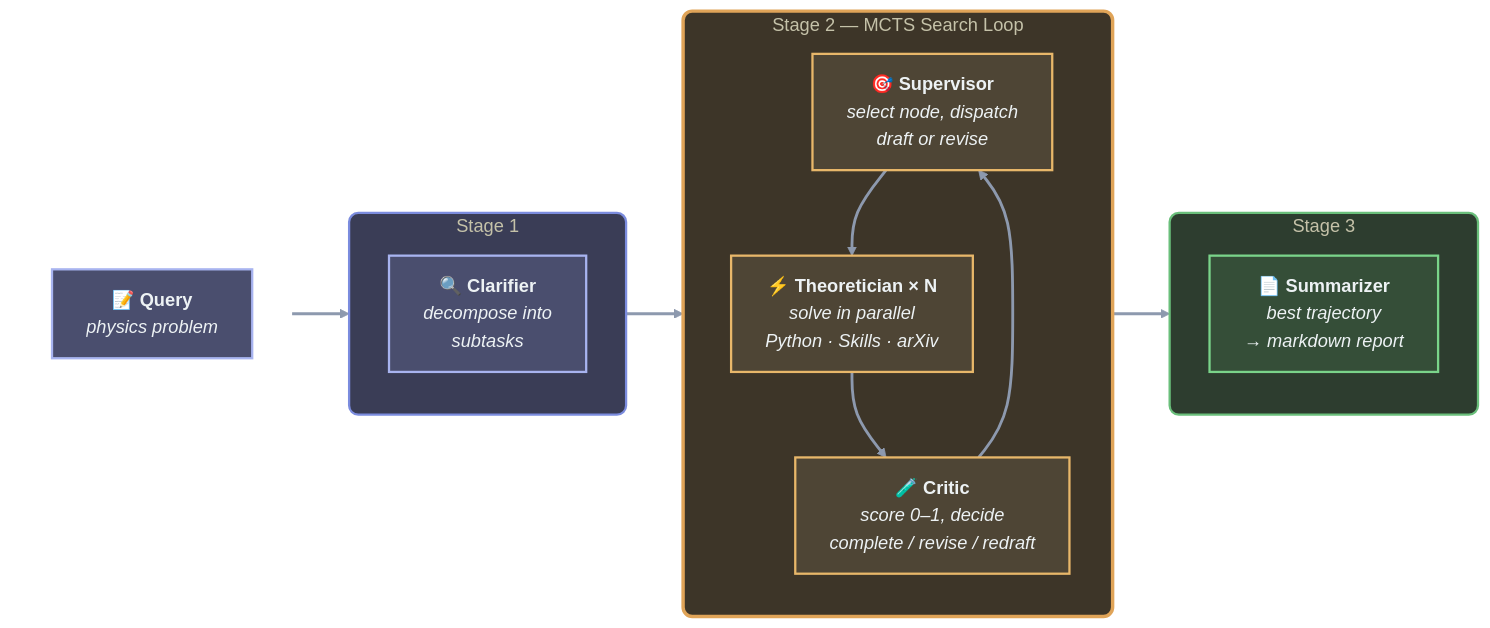
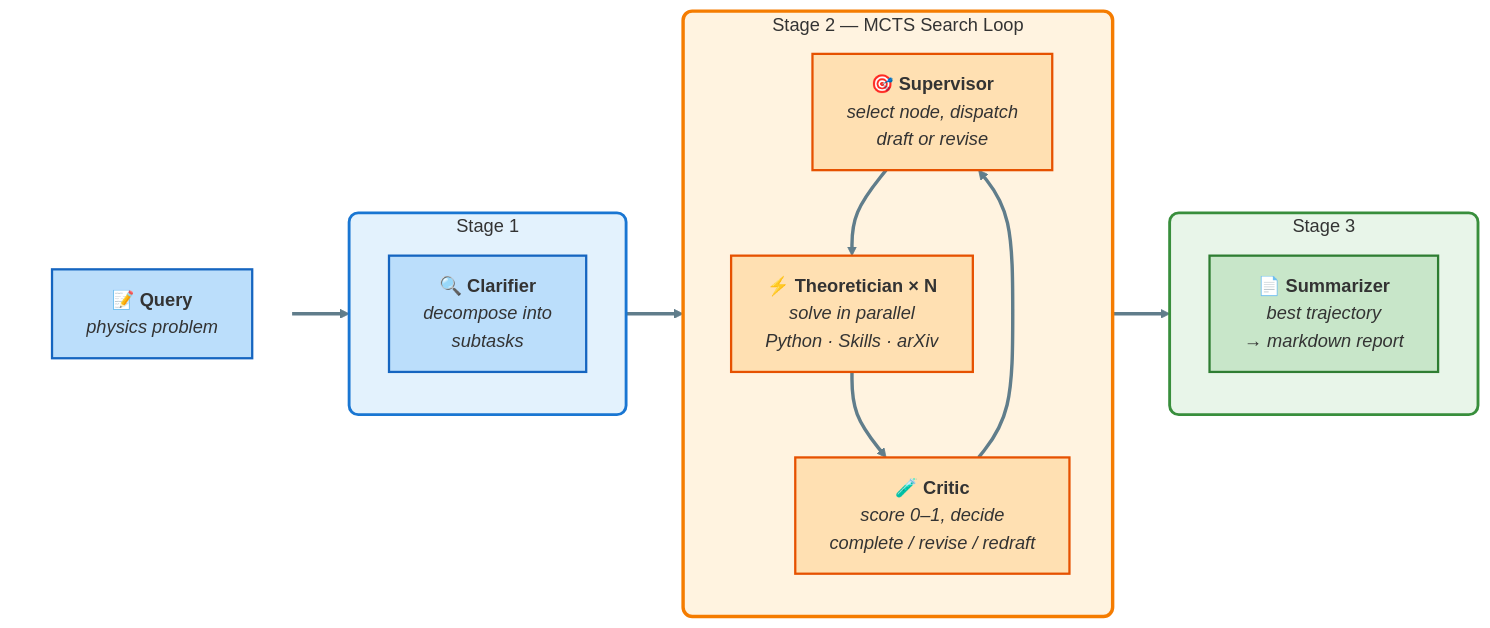
The diagram in README.md (sjtu-sai-agents/PhysMaster), drawn with Mermaid before and after one commit.

Commit message:
init commit

````diff
--- a/README.md
+++ b/README.md
@@ -28,42 +28,41 @@
 ```mermaid
-%%{init: {'theme': 'base', 'themeVariables': {'primaryColor': '#2b2d42', 'primaryTextColor': '#edf2f4', 'primaryBorderColor': '#8d99ae', 'lineColor': '#8d99ae', 'secondaryColor': '#3a3d56', 'tertiaryColor': '#3a3d56', 'background': '#2b2d42'}}}%%
 flowchart LR
     subgraph INPUT [" "]
         direction TB
         Q["📝 <b>Query</b><br/><i>physics problem</i>"]
     end
 
     subgraph STAGE1 ["Stage 1"]
         direction TB
         CL["🔍 <b>Clarifier</b><br/><i>decompose into<br/>subtasks</i>"]
     end
 
     subgraph MCTS ["Stage 2 — MCTS Search Loop"]
         direction TB
         SUP["🎯 <b>Supervisor</b><br/><i>select node, dispatch<br/>draft or revise</i>"]
         THEO["⚡ <b>Theoretician × N</b><br/><i>solve in parallel<br/>Python · Skills · arXiv</i>"]
         CRIT["🧪 <b>Critic</b><br/><i>score 0–1, decide<br/>complete / revise / redraft</i>"]
         SUP --> THEO --> CRIT --> SUP
     end
 
     subgraph STAGE3 ["Stage 3"]
         direction TB
         SUM["📄 <b>Summarizer</b><br/><i>best trajectory<br/>→ markdown report</i>"]
     end
 
     Q --> CL --> MCTS --> SUM
 
     style INPUT fill:none,stroke:none
-    style STAGE1 fill:#3a3d56,stroke:#7b8cde,stroke-width:2px,rx:8
-    style MCTS fill:#3d3528,stroke:#e0a458,stroke-width:3px,rx:8
-    style STAGE3 fill:#2d3d2f,stroke:#6abf7b,stroke-width:2px,rx:8
+    style STAGE1 fill:#e3f2fd,stroke:#1976d2,stroke-width:2.5px,rx:8
+    style MCTS fill:#fff3e0,stroke:#f57c00,stroke-width:3px,rx:8
+    style STAGE3 fill:#e8f5e9,stroke:#388e3c,stroke-width:2.5px,rx:8
 
-    style Q fill:#4a4e6e,stroke:#a8b4f0,stroke-width:2px,color:#edf2f4
-    style CL fill:#4a4e6e,stroke:#a8b4f0,stroke-width:2px,color:#edf2f4
-    style SUP fill:#4e4535,stroke:#e8b76a,stroke-width:2px,color:#edf2f4
-    style THEO fill:#4e4535,stroke:#e8b76a,stroke-width:2px,color:#edf2f4
-    style CRIT fill:#4e4535,stroke:#e8b76a,stroke-width:2px,color:#edf2f4
-    style SUM fill:#354e38,stroke:#7ad48a,stroke-width:2px,color:#edf2f4
+    style Q fill:#bbdefb,stroke:#1565c0,stroke-width:2px
+    style CL fill:#bbdefb,stroke:#1565c0,stroke-width:2px
+    style SUP fill:#ffe0b2,stroke:#e65100,stroke-width:2px
+    style THEO fill:#ffe0b2,stroke:#e65100,stroke-width:2px
+    style CRIT fill:#ffe0b2,stroke:#e65100,stroke-width:2px
+    style SUM fill:#c8e6c9,stroke:#2e7d32,stroke-width:2px
 
-    linkStyle default stroke:#8d99ae,stroke-width:2.5px
+    linkStyle default stroke:#607d8b,stroke-width:3px
 ```
````
